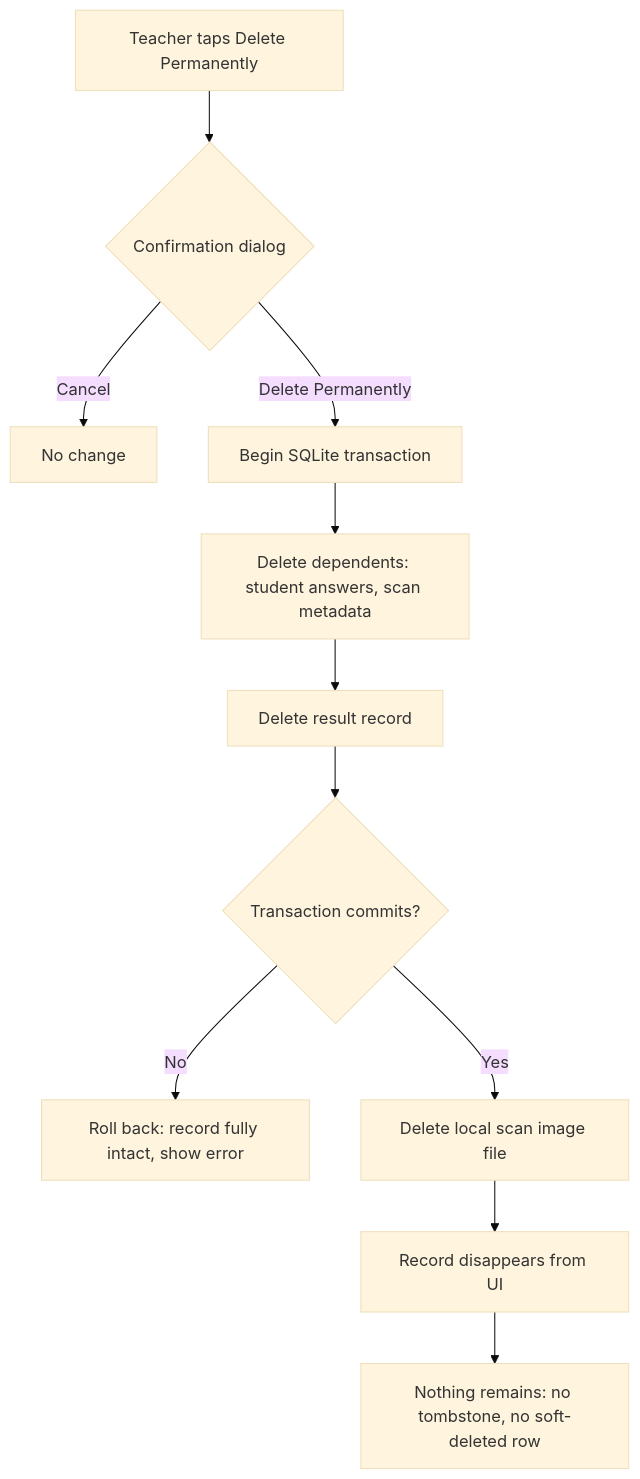
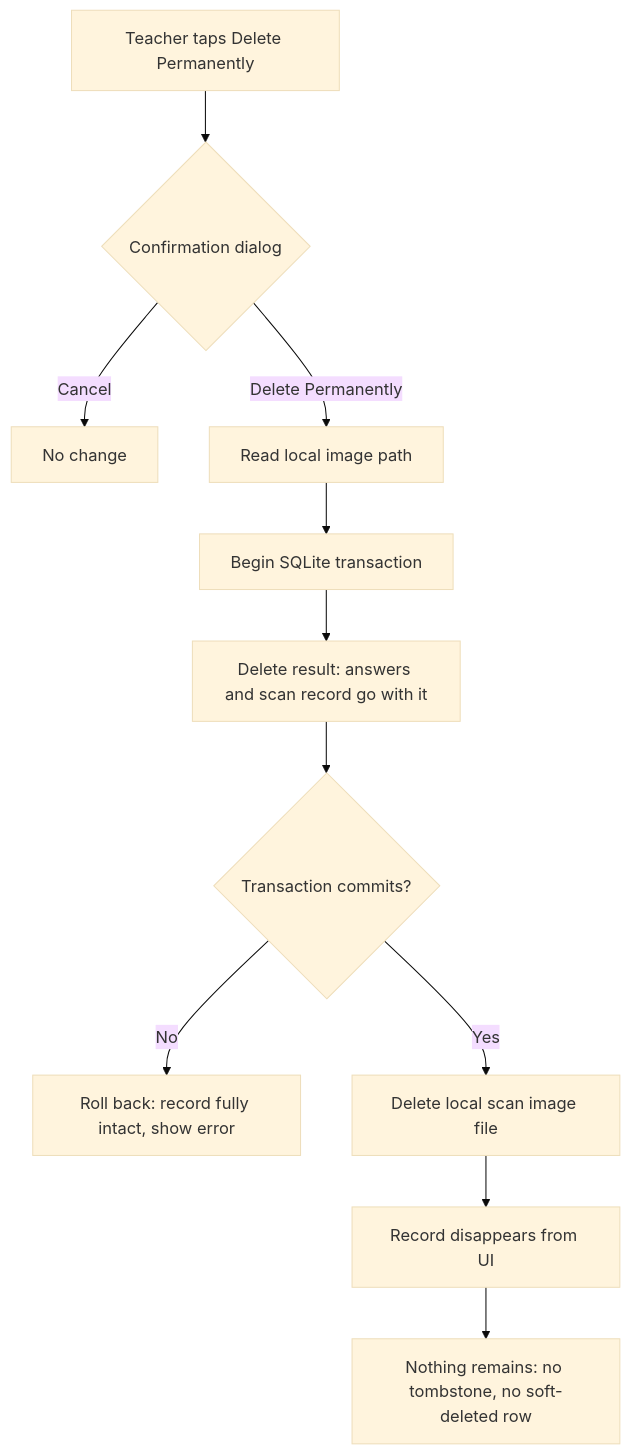
One commit to nicolaseugenio2022-cyber/answer-checker changed diagram 11 of 11 in docs/diagrams.md. Above: the diagram before and after it, drawn with Mermaid (base theme). The commit also changed other lines of this file and 6 other files, not shown here.

````diff
--- a/docs/diagrams.md
+++ b/docs/diagrams.md
@@ -111,13 +347,13 @@
 ```mermaid
 flowchart TD
     A["Teacher taps Delete Permanently"] --> B{"Confirmation dialog"}
     B -- Cancel --> Z["No change"]
-    B -- "Delete Permanently" --> C["Begin SQLite transaction"]
-    C --> D["Delete dependents: student answers, scan metadata"]
-    D --> E["Delete result record"]
+    B -- "Delete Permanently" --> P["Read local image path"]
+    P --> C["Begin SQLite transaction"]
+    C --> E["Delete result: answers and scan record go with it"]
     E --> F{"Transaction commits?"}
     F -- No --> R["Roll back: record fully intact, show error"]
     F -- Yes --> G["Delete local scan image file"]
     G --> H["Record disappears from UI"]
     H --> I["Nothing remains: no tombstone, no soft-deleted row"]
 ```
````
